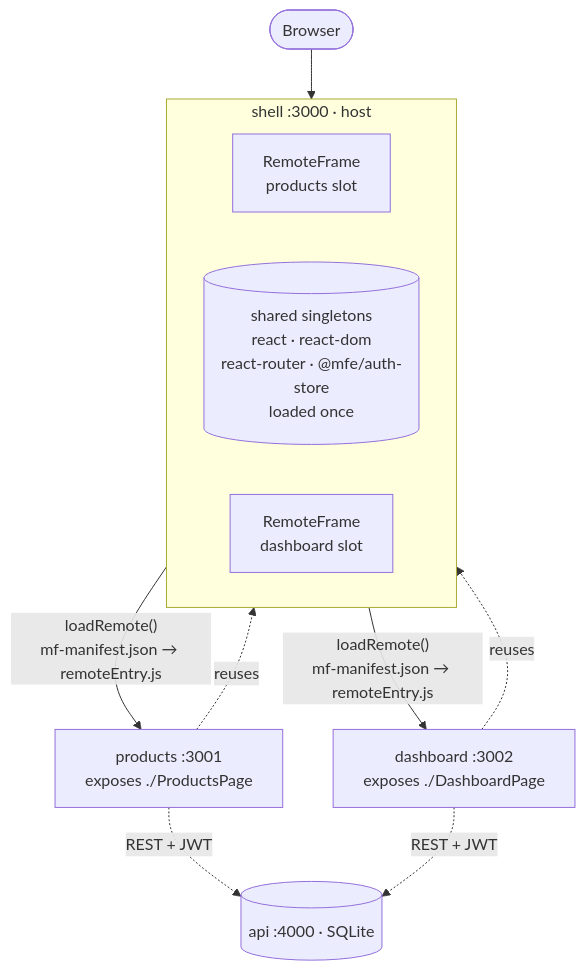
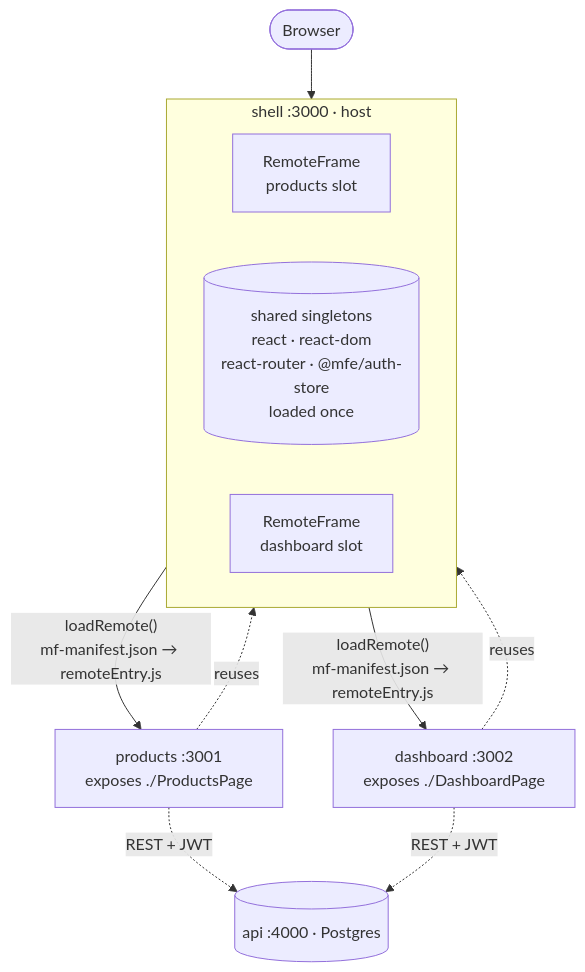
Before and after one commit to sotream/mfe-lab: the first of 4 diagrams in docs/architecture.md, drawn with Mermaid. The commit also changed 47 other files, not shown here.

First line of the commit message:
feat(api): move the database to Postgres (#40)

````diff
--- a/docs/architecture.md
+++ b/docs/architecture.md
@@ -5,17 +5,17 @@
 ```mermaid
 flowchart TB
   B([Browser]) --> S
 
   subgraph S["shell :3000 · host"]
     direction LR
     FP["RemoteFrame<br/>products slot"]
     SH[("shared singletons<br/>react · react-dom<br/>react-router · @mfe/auth-store<br/>loaded once")]
     FD["RemoteFrame<br/>dashboard slot"]
   end
 
   FP -- "loadRemote()<br/>mf-manifest.json → remoteEntry.js" --> P["products :3001<br/>exposes ./ProductsPage"]
   FD -- "loadRemote()<br/>mf-manifest.json → remoteEntry.js" --> D["dashboard :3002<br/>exposes ./DashboardPage"]
   P -. "reuses" .-> SH
   D -. "reuses" .-> SH
-  P & D -. "REST + JWT" .-> A[("api :4000 · SQLite")]
+  P & D -. "REST + JWT" .-> A[("api :4000 · Postgres")]
 ```
````
